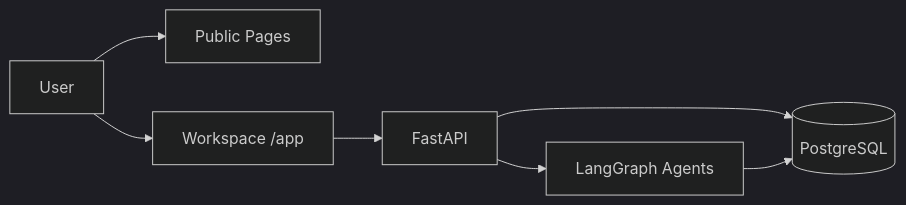
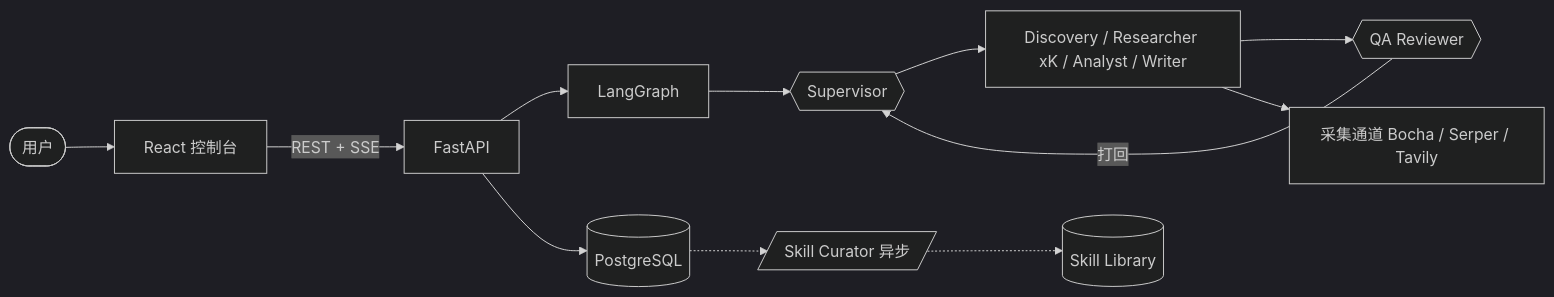
Before and after one commit to wanghong5233/RivalLens: the diagram in README.md, drawn with Mermaid (dark theme). The commit also changed other lines of this file and 1 other file, not shown here.

````diff
--- a/README.md
+++ b/README.md
@@ -25,9 +45,14 @@
 ```mermaid
 flowchart LR
-    User[User] --> Public[Public Pages]
-    User --> Workspace[Workspace /app]
-    Workspace --> API[FastAPI]
-    API --> Graph[LangGraph Agents]
-    API --> DB[(PostgreSQL)]
-    Graph --> DB
+    User([用户]) --> FE[React 控制台]
+    FE -->|REST + SSE| API[FastAPI]
+    API --> Graph[LangGraph]
+    Graph --> Sup{{Supervisor}}
+    Sup --> Exec[Discovery / Researcher xK / Analyst / Writer]
+    Exec --> QA{{QA Reviewer}}
+    QA -->|打回| Sup
+    Exec --> Collector[采集通道 Bocha / Serper / Tavily]
+    API --> PG[(PostgreSQL)]
+    PG -.-> Curator[/Skill Curator 异步/]
+    Curator -.-> Skills[(Skill Library)]
 ```
````
